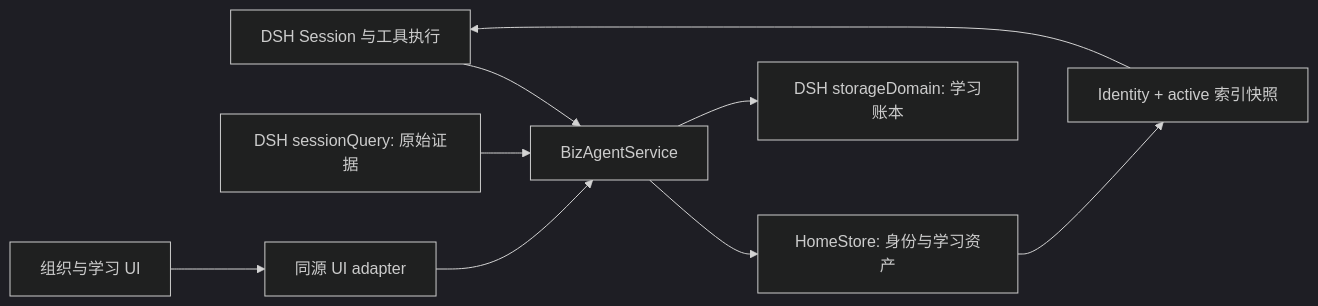
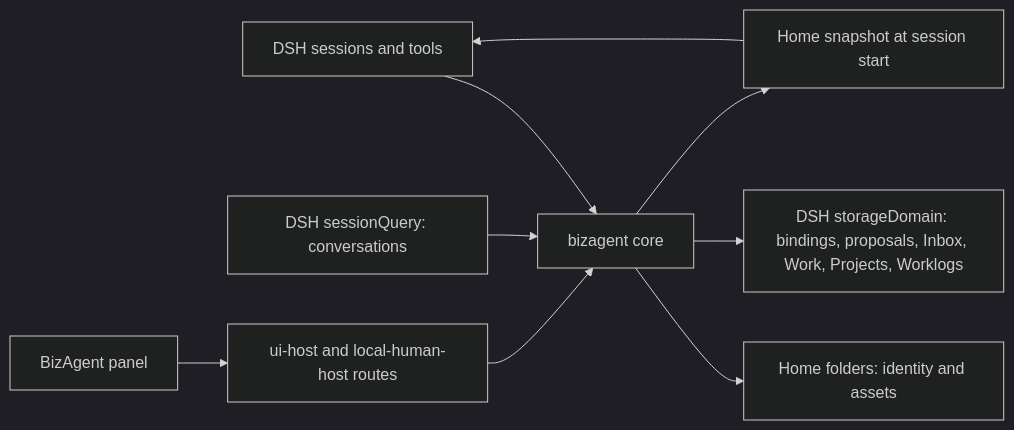
The diagram in packages/dsh/docs/architecture.md (phonism/bizagent), drawn with Mermaid (dark theme) before and after one commit. The commit also changed other lines of this file and 27 other files, not shown here.

````diff
--- a/packages/dsh/docs/architecture.md
+++ b/packages/dsh/docs/architecture.md
@@ -10,11 +19,11 @@
 ```mermaid
 flowchart LR
-    DSH[DSH Session 与工具执行] --> Service[BizAgentService]
-    Service --> Store[HomeStore: 身份与学习资产]
-    Service --> Ledger[DSH storageDomain: 学习账本]
-    Query[DSH sessionQuery: 原始证据] --> Service
-    Store --> Snapshot[Identity + active 索引快照]
+    DSH[DSH sessions and tools] --> Core[bizagent core]
+    Core --> Files[Home folders: identity and assets]
+    Core --> Ledgers[DSH storageDomain: bindings, proposals, Inbox, Work, Projects, Worklogs]
+    Sessions[DSH sessionQuery: conversations] --> Core
+    Core --> Snapshot[Home snapshot at session start]
     Snapshot --> DSH
-    UI[组织与学习 UI] --> Host[同源 UI adapter]
-    Host --> Service
+    Panel[BizAgent panel] --> Routes[ui-host and local-human-host routes]
+    Routes --> Core
 ```
````
